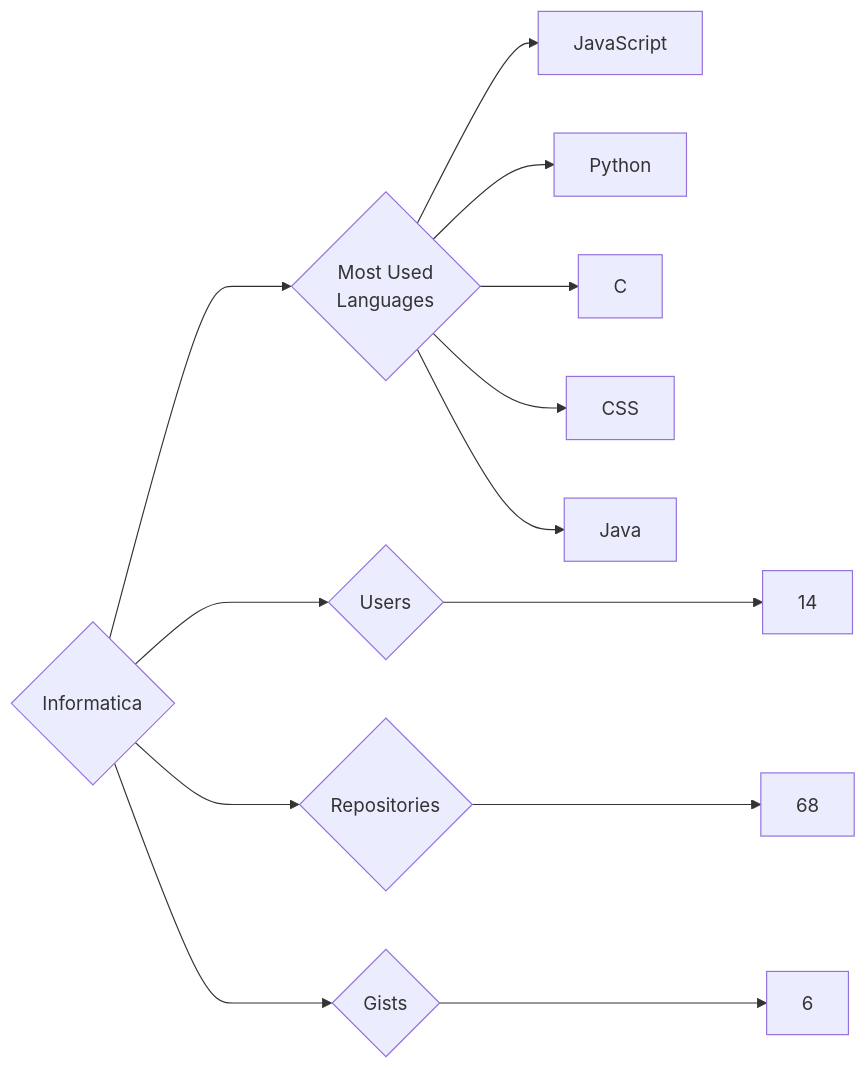
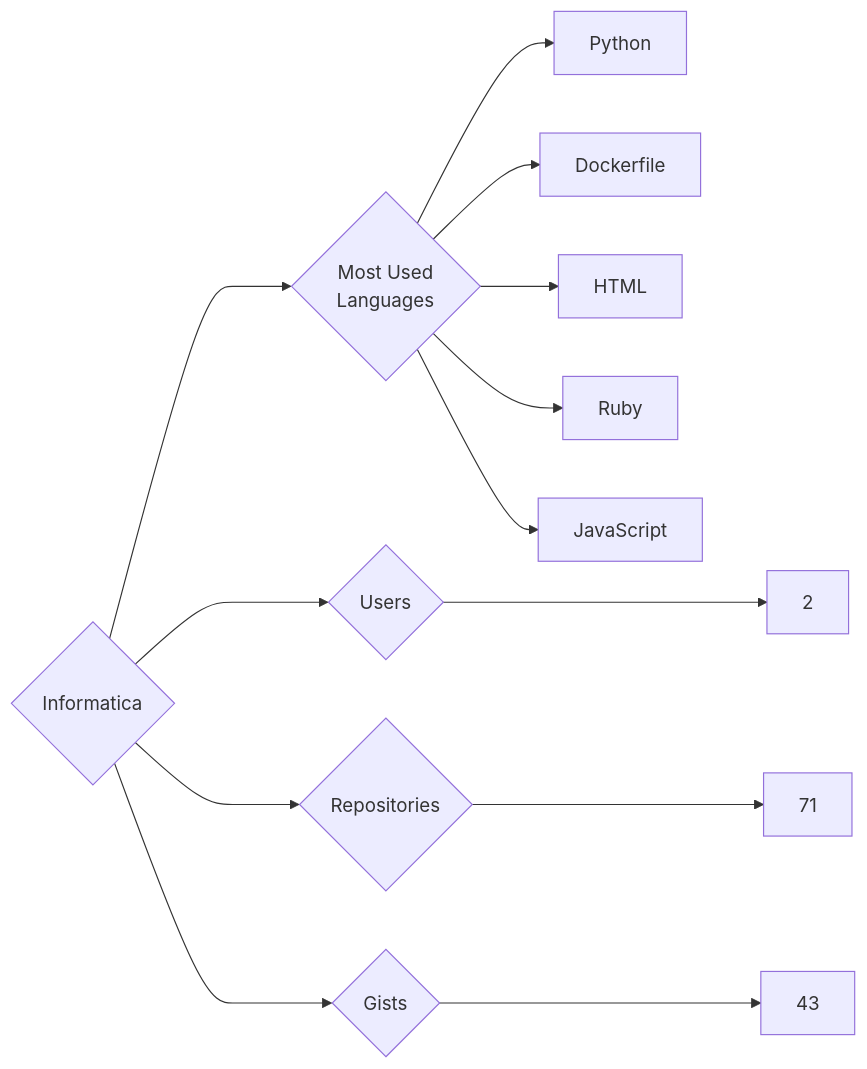
Before and after one commit to trickest/insiders: the diagram in targets/Informatica/README.md, drawn with Mermaid. The commit also changed 925 other files, not shown here.

````diff
--- a/targets/Informatica/README.md
+++ b/targets/Informatica/README.md
@@ -3,13 +3,13 @@
 ```mermaid
 graph LR
 COMPANY_NAME{Informatica}
-COMPANY_NAME ---> U{Users} ---> UN[14]
-COMPANY_NAME ---> R{Repositories} ---> RN[68]
-COMPANY_NAME ---> G{Gists} ---> GN[6]
+COMPANY_NAME ---> U{Users} ---> UN[2]
+COMPANY_NAME ---> R{Repositories} ---> RN[71]
+COMPANY_NAME ---> G{Gists} ---> GN[43]
 COMPANY_NAME ---> ML{Most Used<br>Languages}
+ML --> Python[Python]
+ML --> Dockerfile[Dockerfile]
+ML --> HTML[HTML]
+ML --> Ruby[Ruby]
 ML --> JavaScript[JavaScript]
-ML --> Python[Python]
-ML --> C[C]
-ML --> CSS[CSS]
-ML --> Java[Java]
 ```
````
